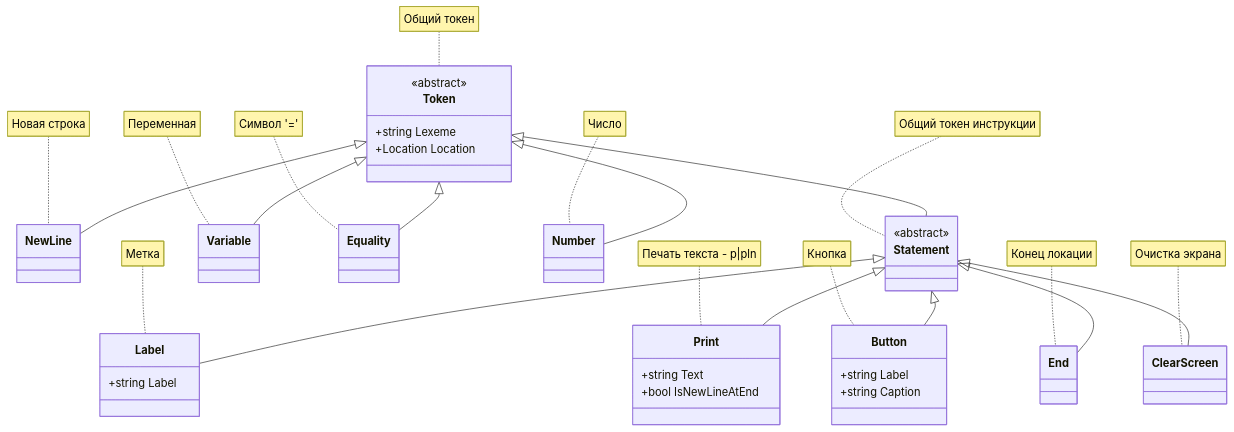
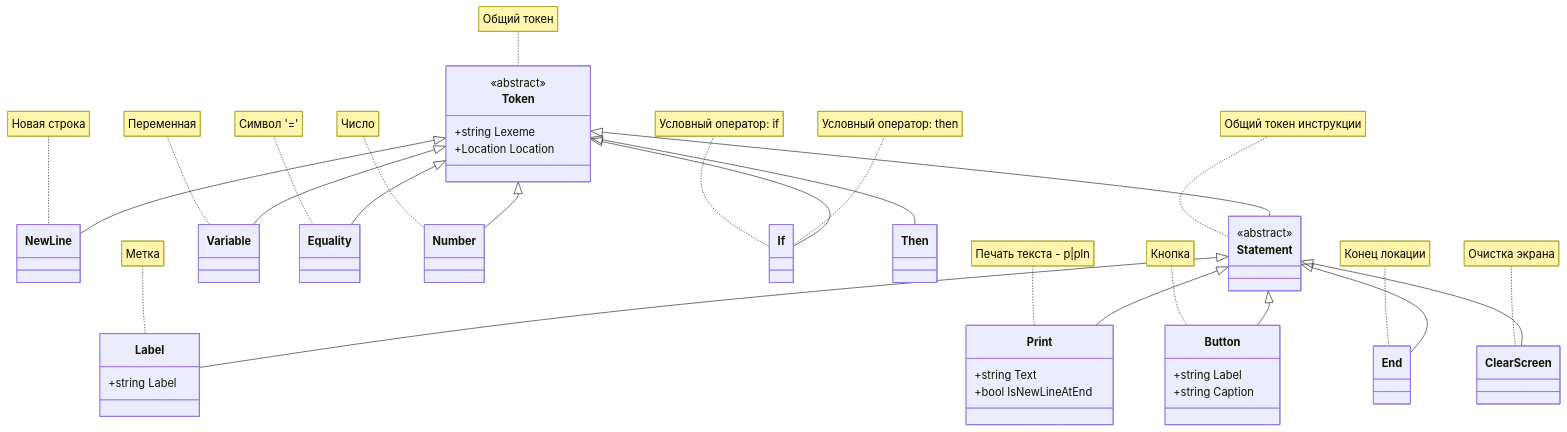
The third of 4 diagrams in Application/MURQ.URQL/docs/URQL Syntax.md (realsonic/MURQ), drawn with Mermaid before and after one commit. The commit also changed other lines of this file and 76 other files, not shown here.

````diff
--- a/Application/MURQ.URQL/docs/URQL Syntax.md
+++ b/Application/MURQ.URQL/docs/URQL Syntax.md
@@ -32,51 +40,57 @@
 ```mermaid
 classDiagram
     class Token {
         +string Lexeme
         +Location Location
     }
     <<abstract>> Token
     note for Token "Общий токен"
 
     Token <|-- NewLine
     note for NewLine "Новая строка"
 
     Token <|-- Statement
     <<abstract>> Statement
     note for Statement "Общий токен инструкции"
 
     Statement <|-- Label
     class Label {
         +string Label
     }
     note for Label "Метка"
 
     Statement <|-- Print
     class Print {
         +string Text
         +bool IsNewLineAtEnd
     }
     note for Print "Печать текста - p|pln"
 
     Statement <|-- Button
     class Button {
         +string Label
         +string Caption
     }
     note for Button "Кнопка"
 
     Statement <|-- End
     note for End "Конец локации"
 
     Statement <|-- ClearScreen
     note for ClearScreen "Очистка экрана"
 
     Token <|-- Variable
     note for Variable "Переменная"
 
     Token <|-- Equality
     note for Equality "Символ '='"
 
     Token <|-- Number
     note for Number "Число"
+
+    Token <|-- If
+    note for If "Условный оператор: if"
+
+    Token <|-- Then
+    note for If "Условный оператор: then"
 ```
````
